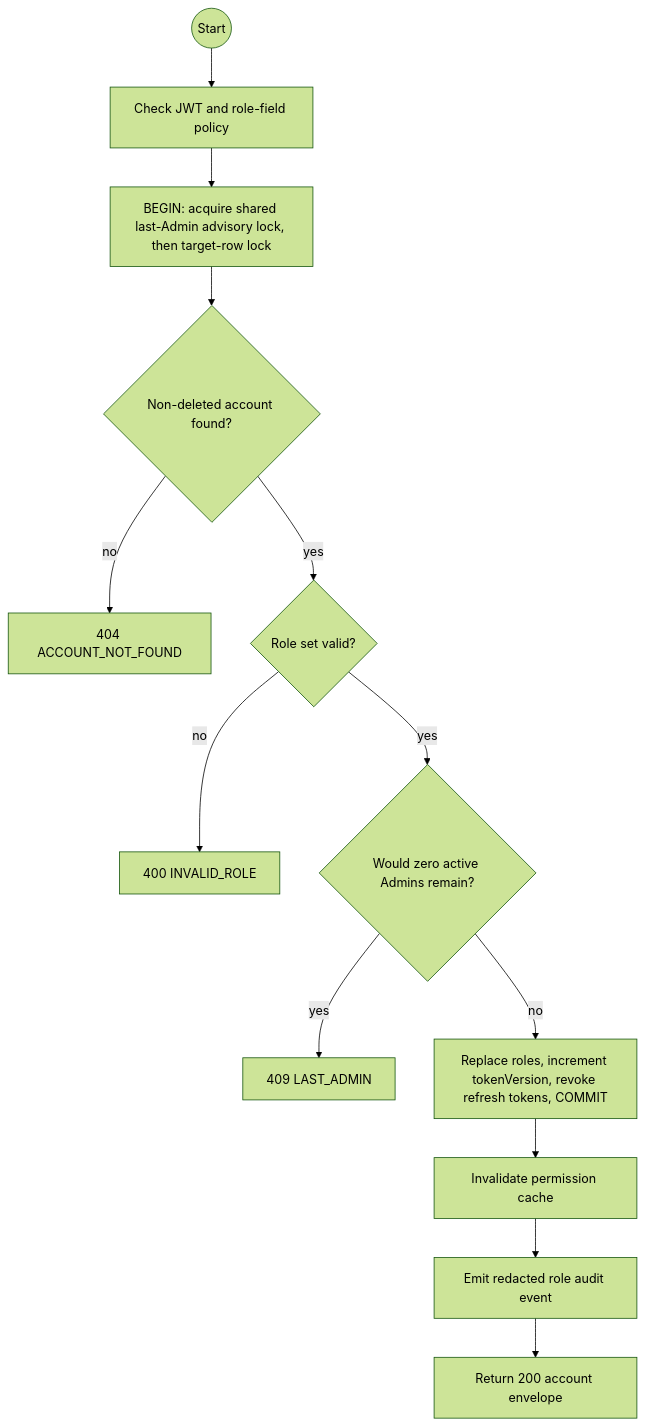
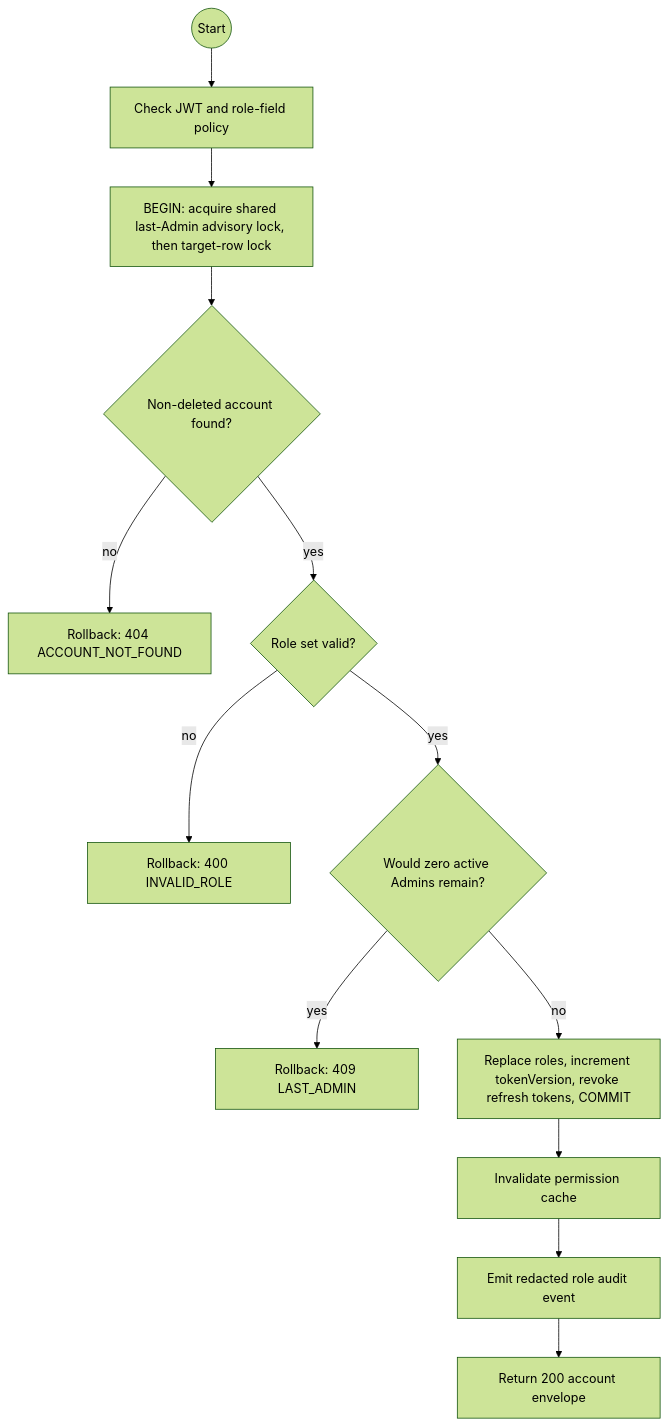
The first of 2 diagrams in specs/auth/api-design/14-put-users-roles.md (TrekLink-Team/treklink-web), drawn with Mermaid (forest theme) before and after one commit. The commit also changed other lines of this file and 3 other files, not shown here.

````diff
--- a/specs/auth/api-design/14-put-users-roles.md
+++ b/specs/auth/api-design/14-put-users-roles.md
@@ -80,15 +80,15 @@
 ```mermaid
 flowchart TB
     S((Start)) --> G[Check JWT and role-field policy]
     G --> K[BEGIN: acquire shared last-Admin advisory lock, then target-row lock]
     K --> F{Non-deleted account found?}
-    F -->|no| E1[404 ACCOUNT_NOT_FOUND]
+    F -->|no| E1[Rollback: 404 ACCOUNT_NOT_FOUND]
     F -->|yes| R{Role set valid?}
-    R -->|no| E3[400 INVALID_ROLE]
+    R -->|no| E3[Rollback: 400 INVALID_ROLE]
     R -->|yes| A{Would zero active Admins remain?}
-    A -->|yes| E2[409 LAST_ADMIN]
+    A -->|yes| E2[Rollback: 409 LAST_ADMIN]
     A -->|no| T[Replace roles, increment tokenVersion, revoke refresh tokens, COMMIT]
     T --> C[Invalidate permission cache]
     C --> U[Emit redacted role audit event]
     U --> O[Return 200 account envelope]
 ```
````
